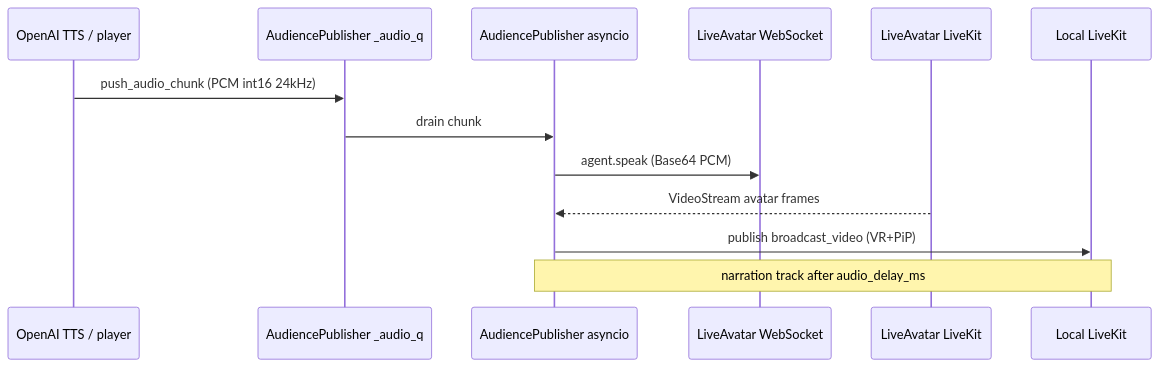
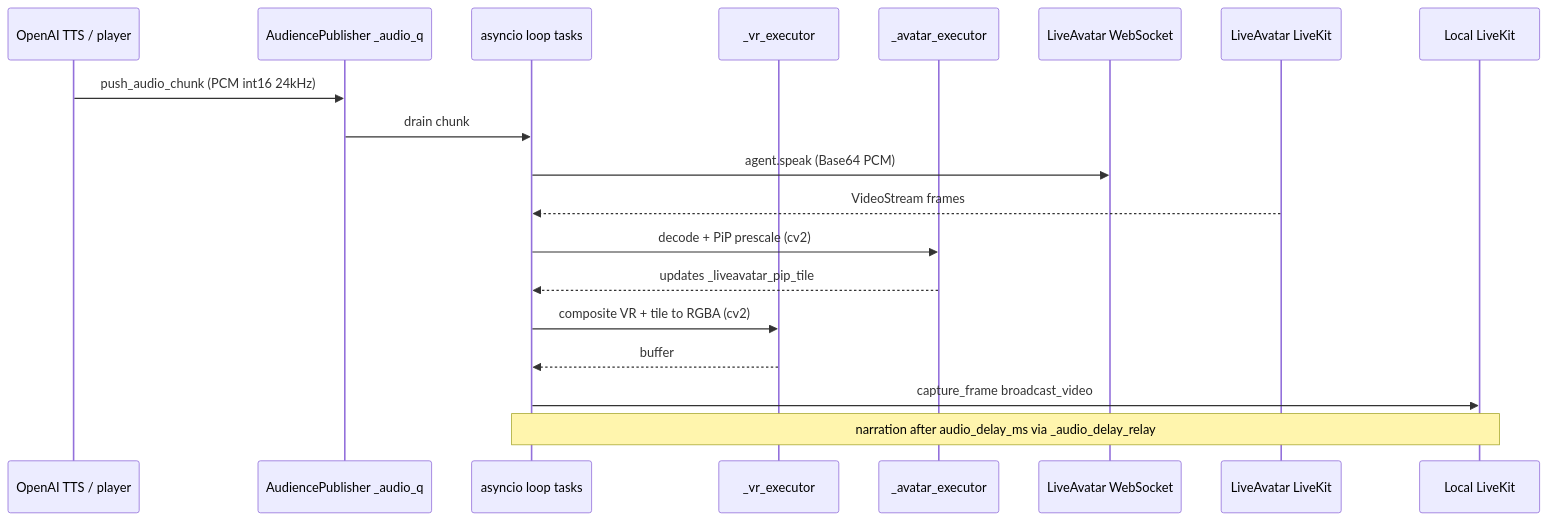
One commit to bolin35877766/miis_broadcast changed the fourth of 4 diagrams in src/miis_broadcast/audience/README.md. Above: the diagram before and after it, drawn with Mermaid. The commit also changed other lines of this file and 2 other files, not shown here.

Commit message:
docs: sync audience README flowcharts with livekit_publisher executors and tasks

````diff
--- a/src/miis_broadcast/audience/README.md
+++ b/src/miis_broadcast/audience/README.md
@@ -165,16 +176,22 @@
 ```mermaid
 sequenceDiagram
   participant TTS as OpenAI TTS / player
   participant Q as AudiencePublisher _audio_q
-  participant PUB as AudiencePublisher asyncio
+  participant PUB as asyncio loop tasks
+  participant VRX as _vr_executor
+  participant AVX as _avatar_executor
   participant WS as LiveAvatar WebSocket
   participant CLK as LiveAvatar LiveKit
   participant LKloc as Local LiveKit
 
   TTS->>Q: push_audio_chunk (PCM int16 24kHz)
   Q->>PUB: drain chunk
   PUB->>WS: agent.speak (Base64 PCM)
-  CLK-->>PUB: VideoStream avatar frames
-  PUB->>LKloc: publish broadcast_video (VR+PiP)
-  Note over PUB,LKloc: narration track after audio_delay_ms
+  CLK-->>PUB: VideoStream frames
+  PUB->>AVX: decode + PiP prescale (cv2)
+  AVX-->>PUB: updates _liveavatar_pip_tile
+  PUB->>VRX: composite VR + tile to RGBA (cv2)
+  VRX-->>PUB: buffer
+  PUB->>LKloc: capture_frame broadcast_video
+  Note over PUB,LKloc: narration after audio_delay_ms via _audio_delay_relay
 ```
````
